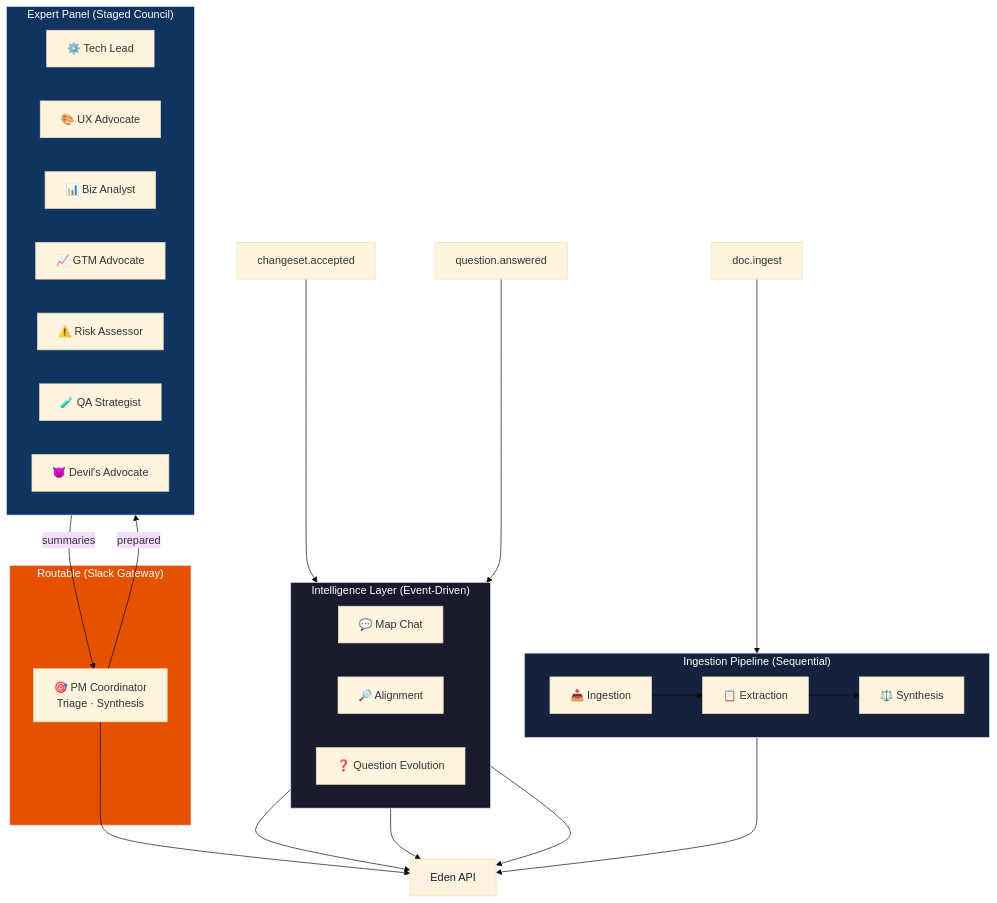
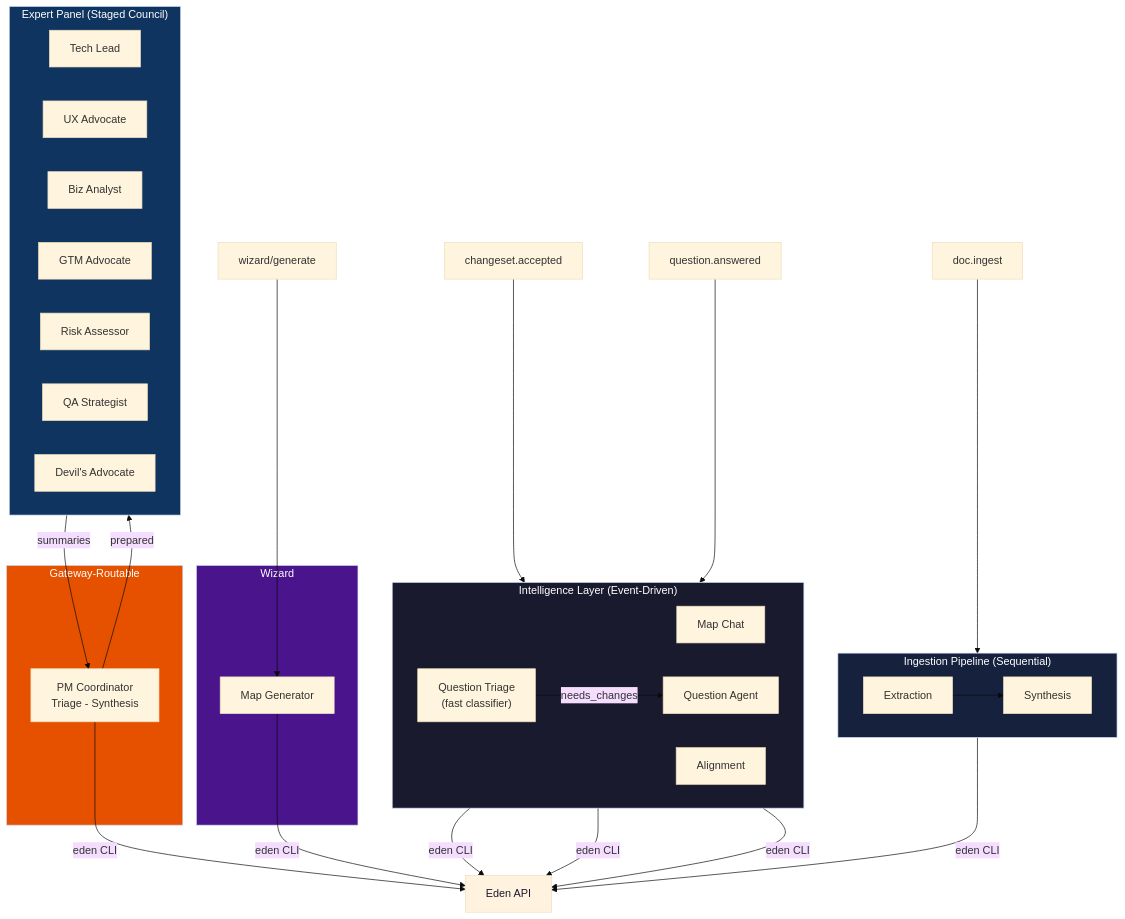
Before and after one commit to eve-horizon/eden: diagram 12 of 13 in ARCHITECTURE.md, drawn with Mermaid (base theme). The commit also changed other lines of this file and 3 other files, not shown here.

````diff
--- a/ARCHITECTURE.md
+++ b/ARCHITECTURE.md
@@ -477,51 +592,59 @@
 ```mermaid
 graph TB
-    subgraph routable["Routable (Slack Gateway)"]
-        pm["🎯 PM Coordinator\nTriage · Synthesis"]
+    subgraph routable["Gateway-Routable"]
+        pm["PM Coordinator\nTriage - Synthesis"]
     end
 
     subgraph panel["Expert Panel (Staged Council)"]
         direction LR
-        tech["⚙️ Tech Lead"]
-        ux["🎨 UX Advocate"]
-        biz["📊 Biz Analyst"]
-        gtm["📈 GTM Advocate"]
-        risk["⚠️ Risk Assessor"]
-        qa["🧪 QA Strategist"]
-        devil["😈 Devil's Advocate"]
+        tech["Tech Lead"]
+        ux["UX Advocate"]
+        biz["Biz Analyst"]
+        gtm["GTM Advocate"]
+        risk["Risk Assessor"]
+        qa["QA Strategist"]
+        devil["Devil's Advocate"]
     end
 
     subgraph pipeline["Ingestion Pipeline (Sequential)"]
         direction LR
-        ing["📥 Ingestion"]
-        ext["📋 Extraction"]
-        syn["⚖️ Synthesis"]
-        ing --> ext --> syn
+        ext["Extraction"]
+        syn["Synthesis"]
+        ext --> syn
     end
 
     subgraph intel["Intelligence Layer (Event-Driven)"]
         direction LR
-        mc["💬 Map Chat"]
-        al["🔎 Alignment"]
-        qe["❓ Question Evolution"]
+        mc["Map Chat"]
+        al["Alignment"]
+        qtriage["Question Triage\n(fast classifier)"]
+        qagent["Question Agent"]
+    end
+
+    subgraph wizard["Wizard"]
+        mg["Map Generator"]
     end
 
     pm -->|"prepared"| panel
     panel -->|"summaries"| pm
 
     doc_event["doc.ingest"] --> pipeline
     cs_event["changeset.accepted"] --> al
-    qa_event["question.answered"] --> qe
+    qa_event["question.answered"] --> qtriage
+    qtriage -->|"needs_changes"| qagent
+    wizard_event["wizard/generate"] --> mg
 
-    syn --> api["Eden API"]
-    mc --> api
-    al --> api
-    qe --> api
-    pm --> api
+    syn -->|"eden CLI"| api["Eden API"]
+    mc -->|"eden CLI"| api
+    al -->|"eden CLI"| api
+    qagent -->|"eden CLI"| api
+    pm -->|"eden CLI"| api
+    mg -->|"eden CLI"| api
 
     style routable fill:#e65100,color:#fff
     style panel fill:#0f3460,color:#fff
     style pipeline fill:#16213e,color:#fff
     style intel fill:#1a1a2e,color:#fff
+    style wizard fill:#4a148c,color:#fff
     style api fill:#fff3e0,color:#1a1a2e
 ```
````
